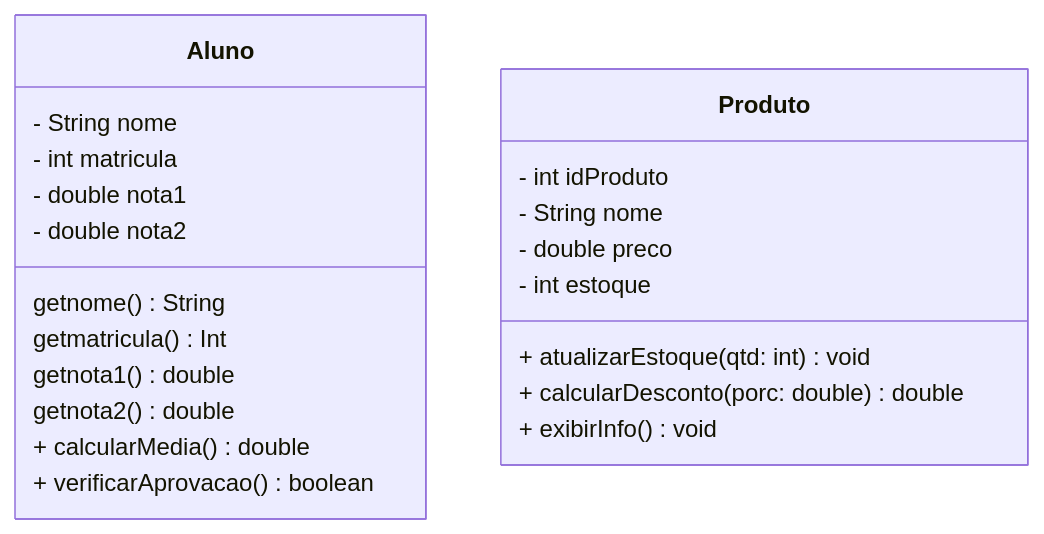
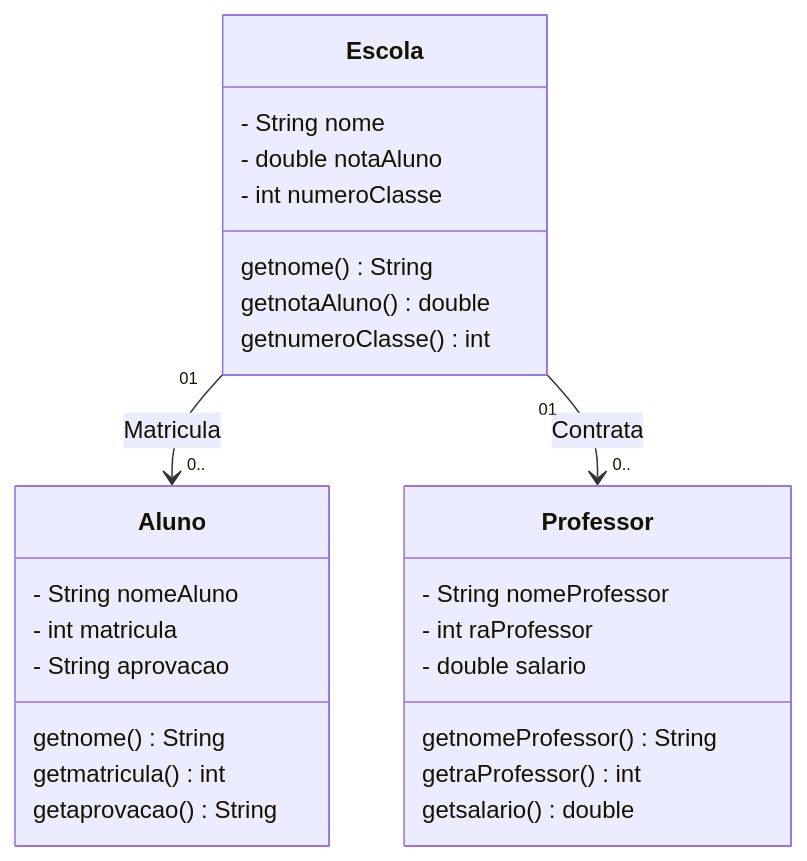
The diagram in Engenharia de Software/README.md (guilhermegcris/Bertoti), drawn with Mermaid before and after one commit. The commit also changed other lines of this file, not shown here.

````diff
--- a/Engenharia de Software/README.md
+++ b/Engenharia de Software/README.md
@@ -24,31 +24,35 @@
 ```mermaid
 classDiagram
+class Escola{
+- String nome
+- double notaAluno
+- int numeroClasse
+getnome() String
+getnotaAluno() double
+getnumeroClasse() int
+}
+
 class Aluno{       
 
- - String nome 
+ - String nomeAluno 
  - int matricula
- - double nota1 
- - double nota2
+ - String aprovacao
 
 getnome() String
-getmatricula() Int
-getnota1() double
-getnota2() double
+getmatricula() int
+getaprovacao() String
+}
 
- + calcularMedia() double
- + verificarAprovacao() boolean
+class Professor{
+
+- String nomeProfessor
+- int raProfessor
+- double salario  
+
+getnomeProfessor() String
+getraProfessor() int
+getsalario() double
 }
- 
-
-class Produto{
-
-- int idProduto
-- String nome  
-- double preco 
-- int estoque 
-
-+ atualizarEstoque(qtd: int) void
-+ calcularDesconto(porc: double) double
-+ exibirInfo() void
-}
+Escola "01" --> "0.." Aluno: Matricula
+Escola "01" --> "0.." Professor: Contrata
 ```  
````
